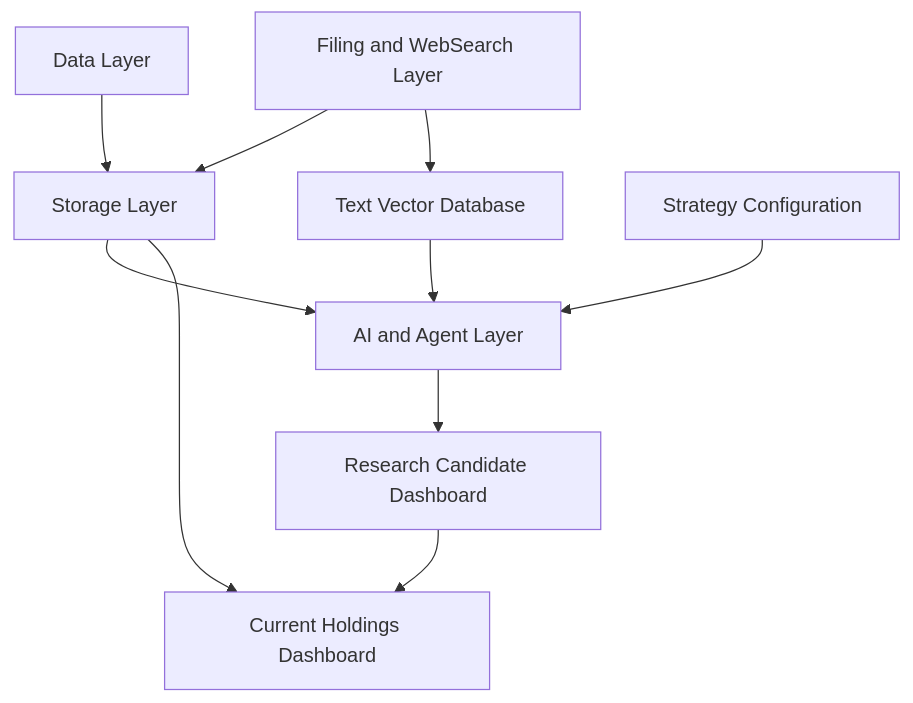
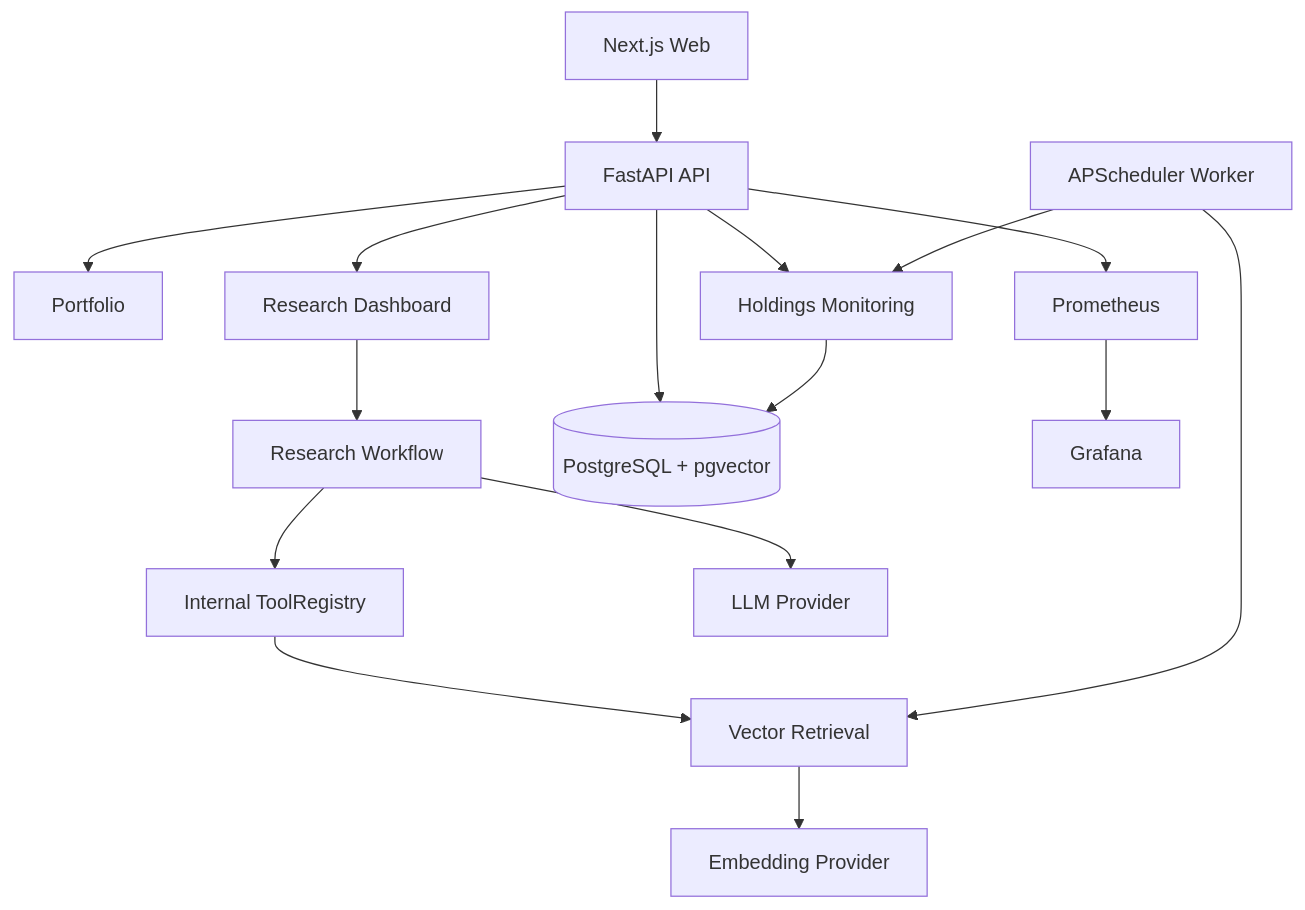
Before and after one commit to RickyW0529/Margin: the diagram in README.md, drawn with Mermaid. The commit also changed other lines of this file and 171 other files, not shown here.

````diff
--- a/README.md
+++ b/README.md
@@ -63,21 +44,18 @@
 ```mermaid
 flowchart TB
-    L1[Data Layer]
-    L2[Storage Layer]
-    L3[Filing and WebSearch Layer]
-    L4[Text Vector Database]
-    L5[AI and Agent Layer]
-    L6[Strategy Configuration]
-    L7[Research Candidate Dashboard]
-    L8[Current Holdings Dashboard]
-
-    L1 --> L2
-    L3 --> L2
-    L3 --> L4
-    L2 --> L5
-    L4 --> L5
-    L6 --> L5
-    L5 --> L7
-    L7 --> L8
-    L2 --> L8
+    Web[Next.js Web] --> API[FastAPI API]
+    API --> Portfolio[Portfolio]
+    API --> Dashboard[Research Dashboard]
+    API --> Monitoring[Holdings Monitoring]
+    Dashboard --> Research[Research Workflow]
+    Research --> Tools[Internal ToolRegistry]
+    Tools --> Retrieval[Vector Retrieval]
+    Research --> LLM[LLM Provider]
+    Retrieval --> Embedding[Embedding Provider]
+    API --> PG[(PostgreSQL + pgvector)]
+    Monitoring --> PG
+    Worker[APScheduler Worker] --> Monitoring
+    Worker --> Retrieval
+    API --> Prometheus[Prometheus]
+    Prometheus --> Grafana[Grafana]
 ```
````
